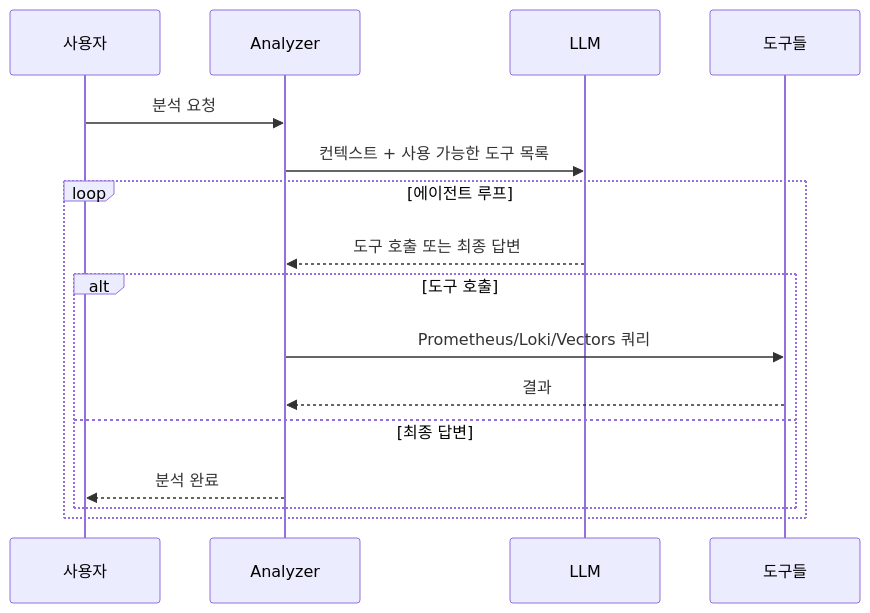
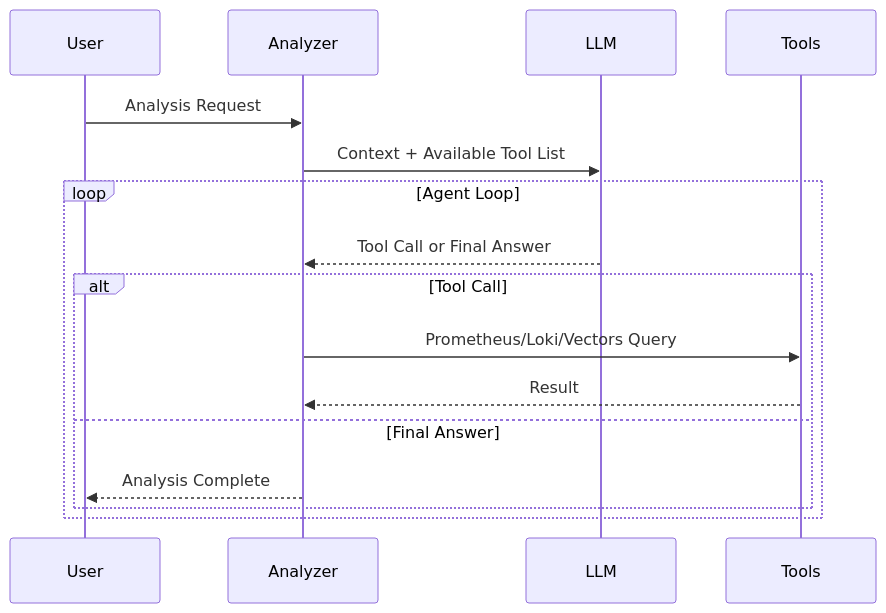
One commit to mandacode-labs/mandacode-devs changed the second of 2 diagrams in src/content/blog/en/meerkat-deep-dive.md. Above: the diagram before and after it, drawn with Mermaid. The commit also changed other lines of this file and 12 other files, not shown here.

````diff
--- a/src/content/blog/en/meerkat-deep-dive.md
+++ b/src/content/blog/en/meerkat-deep-dive.md
@@ -85,21 +79,21 @@
 ```mermaid
 sequenceDiagram
-    participant User as 사용자
+    participant User as User
     participant Analyzer as Analyzer
     participant LLM as LLM
-    participant Tools as 도구들
+    participant Tools as Tools
 
-    User->>Analyzer: 분석 요청
-    Analyzer->>LLM: 컨텍스트 + 사용 가능한 도구 목록
+    User->>Analyzer: Analysis Request
+    Analyzer->>LLM: Context + Available Tool List
 
-    loop 에이전트 루프
-        LLM-->>Analyzer: 도구 호출 또는 최종 답변
+    loop Agent Loop
+        LLM-->>Analyzer: Tool Call or Final Answer
 
-        alt 도구 호출
-            Analyzer->>Tools: Prometheus/Loki/Vectors 쿼리
-            Tools-->>Analyzer: 결과
-        else 최종 답변
-            Analyzer-->>User: 분석 완료
+        alt Tool Call
+            Analyzer->>Tools: Prometheus/Loki/Vectors Query
+            Tools-->>Analyzer: Result
+        else Final Answer
+            Analyzer-->>User: Analysis Complete
         end
     end
 ```
````
